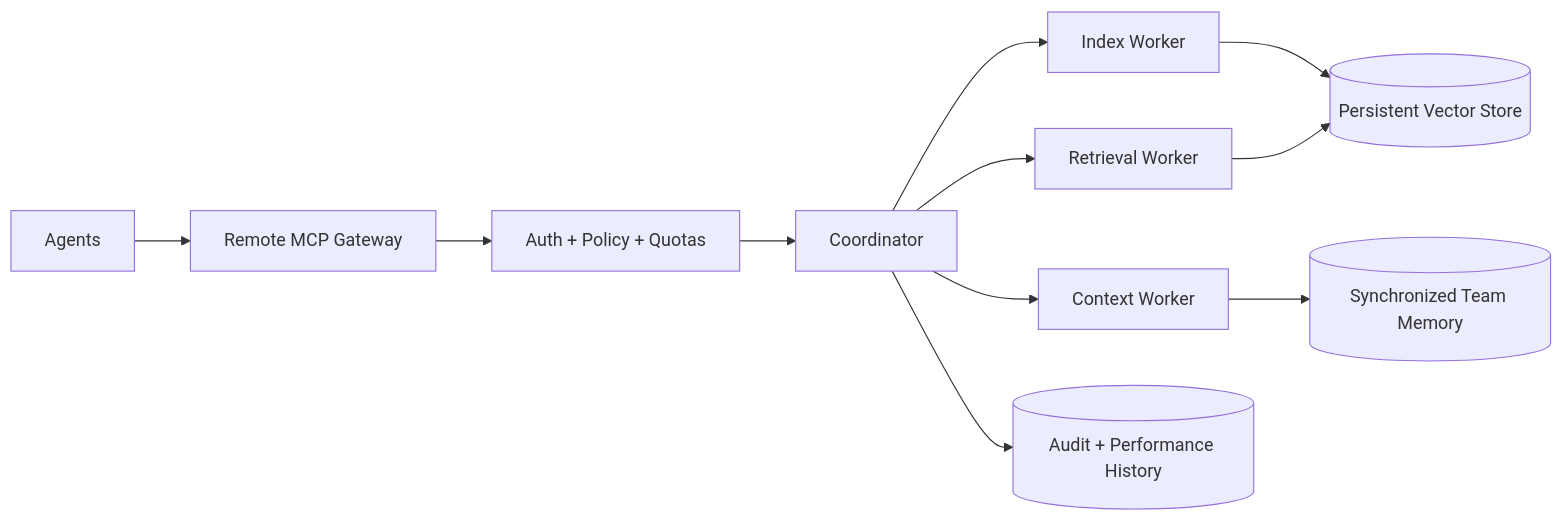
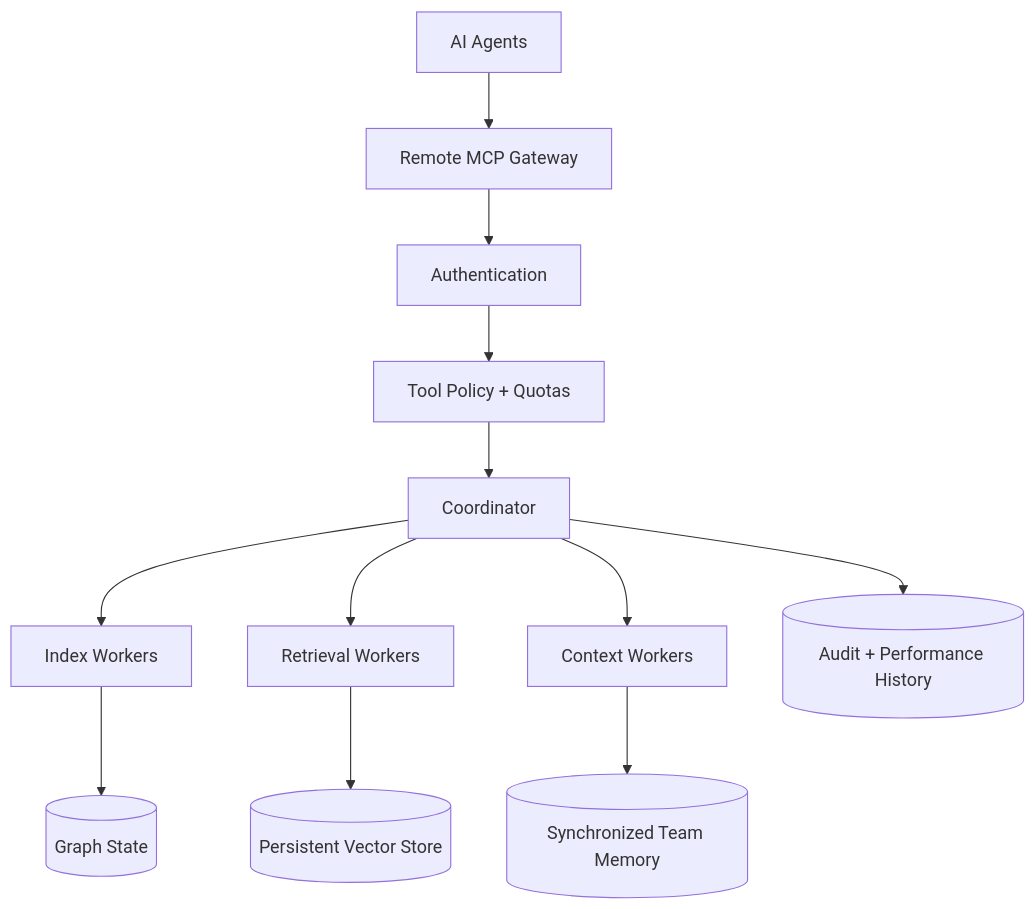
Before and after one commit to BehnamJalaliCo/CodeCortex: the third of 10 diagrams in README.md, drawn with Mermaid. The commit also changed other lines of this file and 285 other files, not shown here.

````diff
--- a/README.md
+++ b/README.md
@@ -111,13 +441,17 @@
 ```mermaid
-flowchart LR
-    AG[Agents] --> GW[Remote MCP Gateway]
-    GW --> POL[Auth + Policy + Quotas]
-    POL --> C[Coordinator]
-    C --> W1[Index Worker]
-    C --> W2[Retrieval Worker]
-    C --> W3[Context Worker]
-    W1 --> V[(Persistent Vector Store)]
-    W2 --> V
-    W3 --> SM[(Synchronized Team Memory)]
-    C --> AUD[(Audit + Performance History)]
+flowchart TB
+    AG[AI Agents] --> GW[Remote MCP Gateway]
+    GW --> AUTH[Authentication]
+    AUTH --> POL[Tool Policy + Quotas]
+    POL --> COORD[Coordinator]
+
+    COORD --> IDX[Index Workers]
+    COORD --> RET[Retrieval Workers]
+    COORD --> CTX[Context Workers]
+
+    IDX --> GRAPH[(Graph State)]
+    RET --> VEC[(Persistent Vector Store)]
+    CTX --> MEM[(Synchronized Team Memory)]
+
+    COORD --> AUDIT[(Audit + Performance History)]
 ```
````
